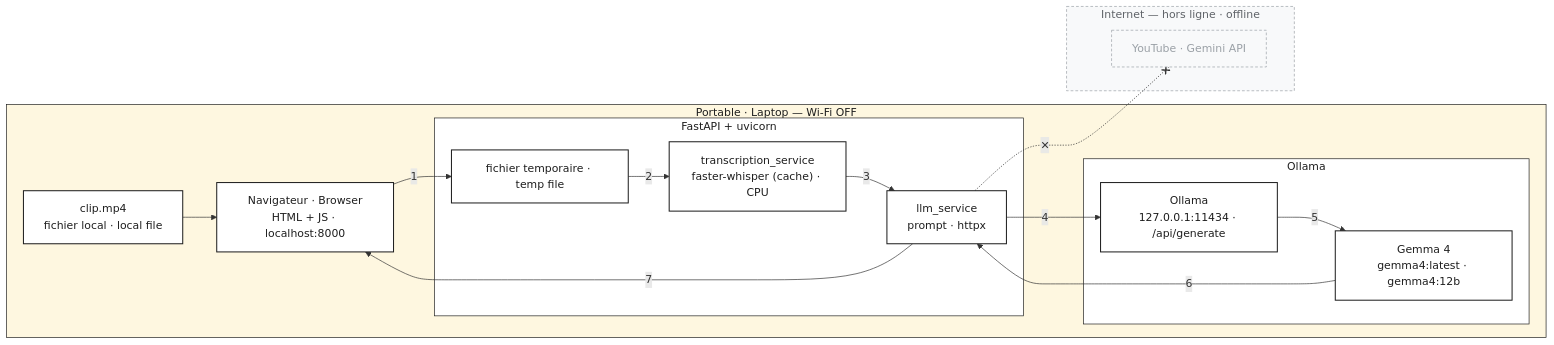
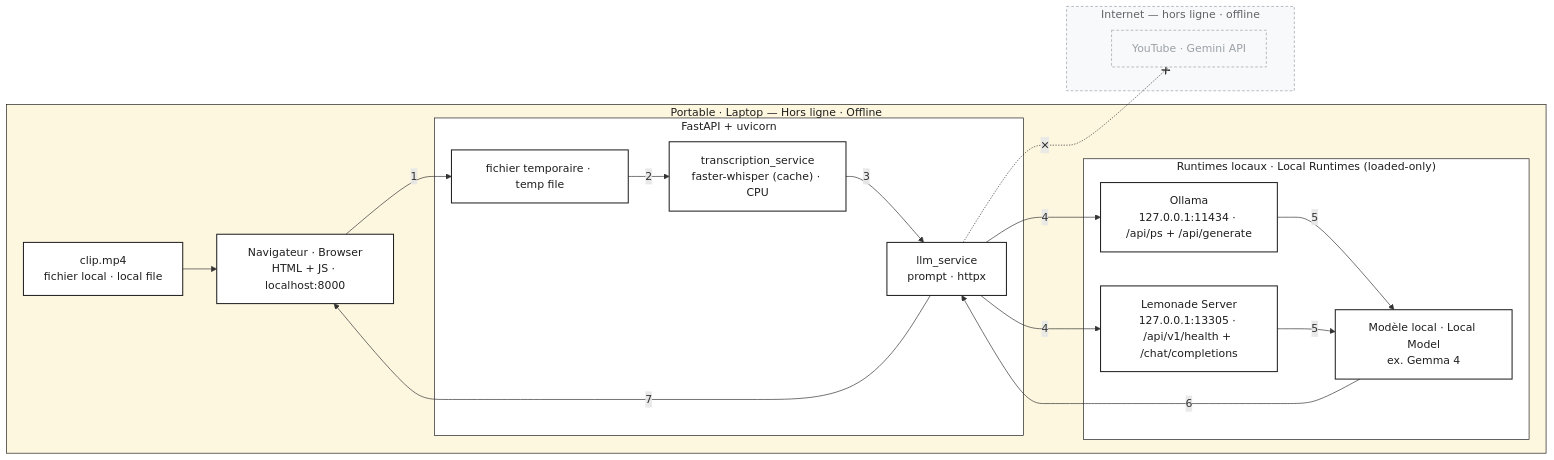
The third of 5 diagrams in DECK.md (sveronneau/youtube-summarizer), drawn with Mermaid before and after one commit. The commit also changed other lines of this file and 1 other file, not shown here.

````diff
--- a/DECK.md
+++ b/DECK.md
@@ -327,36 +337,39 @@
 ```mermaid
 flowchart LR
-  subgraph LAP["Portable · Laptop — Wi-Fi OFF"]
+  subgraph LAP["Portable · Laptop — Hors ligne · Offline"]
     UI["Navigateur · Browser<br/>HTML + JS · localhost:8000"]
     MP4["clip.mp4<br/>fichier local · local file"]
     subgraph API["FastAPI + uvicorn"]
       TMP["fichier temporaire · temp file"]
       TS["transcription_service<br/>faster-whisper (cache) · CPU"]
       LS["llm_service<br/>prompt · httpx"]
     end
-    subgraph OL["Ollama"]
-      OS["Ollama<br/>127.0.0.1:11434 · /api/generate"]
-      GM["Gemma 4<br/>gemma4:latest · gemma4:12b"]
+    subgraph LOC["Runtimes locaux · Local Runtimes (loaded-only)"]
+      OS["Ollama<br/>127.0.0.1:11434 · /api/ps + /api/generate"]
+      LM["Lemonade Server<br/>127.0.0.1:13305 · /api/v1/health + /chat/completions"]
+      GM["Modèle local · Local Model<br/>ex. Gemma 4"]
     end
   end
   subgraph NET["Internet — hors ligne · offline"]
     X["YouTube · Gemini API"]
   end
   MP4 --> UI
   UI -->|"1"| TMP
   TMP -->|"2"| TS
   TS -->|"3"| LS
   LS -->|"4"| OS
+  LS -->|"4"| LM
   OS -->|"5"| GM
+  LM -->|"5"| GM
   GM -->|"6"| LS
   LS -->|"7"| UI
   LS -. "✕" .-x X
-  class UI,MP4,TMP,TS,LS,OS,GM box;
+  class UI,MP4,TMP,TS,LS,OS,LM,GM box;
   class X off;
   classDef box fill:#FFFFFF,stroke:#1E1E1E,stroke-width:1.5px,color:#1E1E1E;
   classDef off fill:#F8F9FA,stroke:#9AA0A6,stroke-dasharray:4 3,color:#9AA0A6;
   style LAP fill:#FEF7E0,stroke:#1E1E1E,color:#1E1E1E
   style API fill:#FFFFFF,stroke:#1E1E1E,color:#1E1E1E
-  style OL fill:#FFFFFF,stroke:#1E1E1E,color:#1E1E1E
+  style LOC fill:#FFFFFF,stroke:#1E1E1E,color:#1E1E1E
   style NET fill:#F8F9FA,stroke:#9AA0A6,stroke-dasharray:4 3,color:#5F6368
 ```
````
